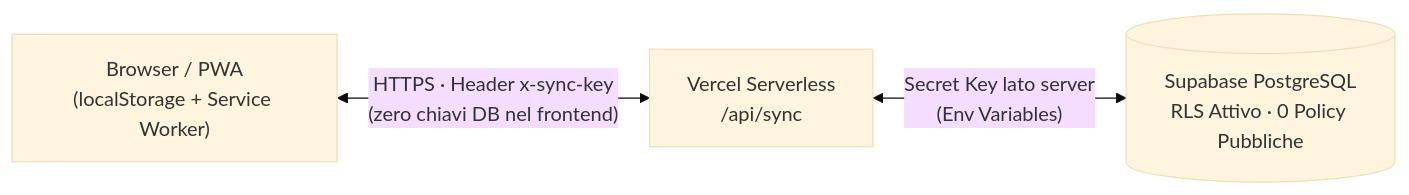
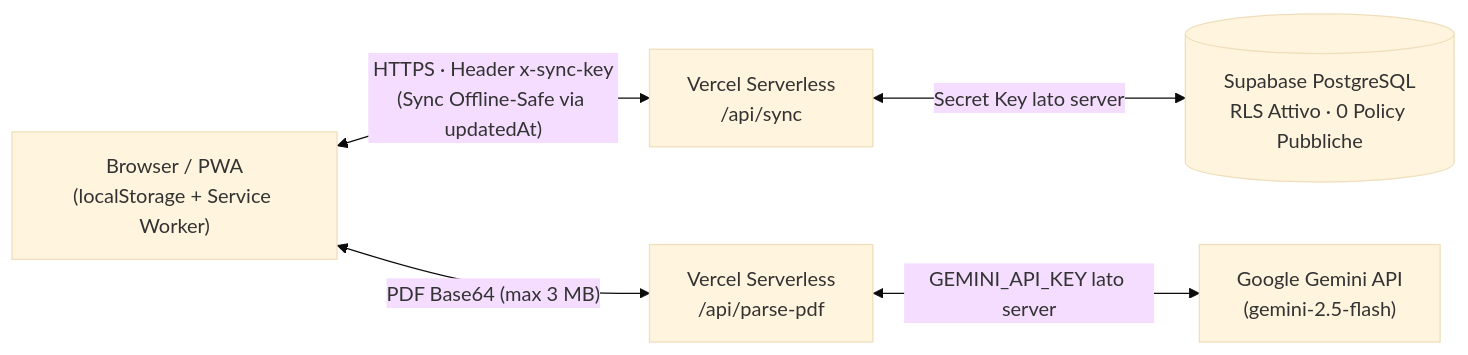
Before and after one commit to Dari0-cpu/AvanguardWorkOut: the diagram in README.md, drawn with Mermaid (base theme). The commit also changed other lines of this file, not shown here.

````diff
--- a/README.md
+++ b/README.md
@@ -101,9 +106,13 @@
 ```mermaid
 flowchart LR
     PWA["Browser / PWA<br/>(localStorage + Service Worker)"]
-    API["Vercel Serverless<br/>/api/sync"]
+    SYNC["Vercel Serverless<br/>/api/sync"]
+    PDF["Vercel Serverless<br/>/api/parse-pdf"]
     DB[("Supabase PostgreSQL<br/>RLS Attivo · 0 Policy Pubbliche")]
+    AI["Google Gemini API<br/>(gemini-2.5-flash)"]
 
-    PWA <-->|"HTTPS · Header x-sync-key<br/>(zero chiavi DB nel frontend)"| API
-    API <-->|"Secret Key lato server<br/>(Env Variables)"| DB
+    PWA <-->|"HTTPS · Header x-sync-key<br/>(Sync Offline-Safe via updatedAt)"| SYNC
+    SYNC <-->|"Secret Key lato server"| DB
+    PWA <-->|"PDF Base64 (max 3 MB)"| PDF
+    PDF <-->|"GEMINI_API_KEY lato server"| AI
 ```
````
